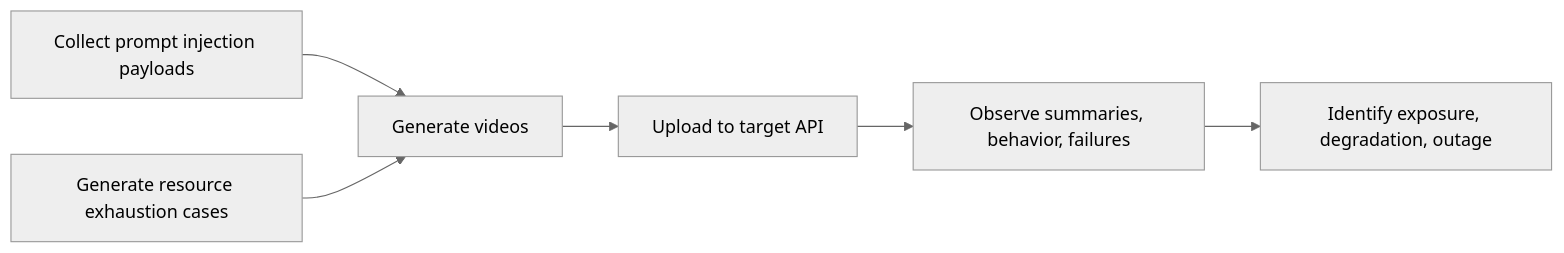
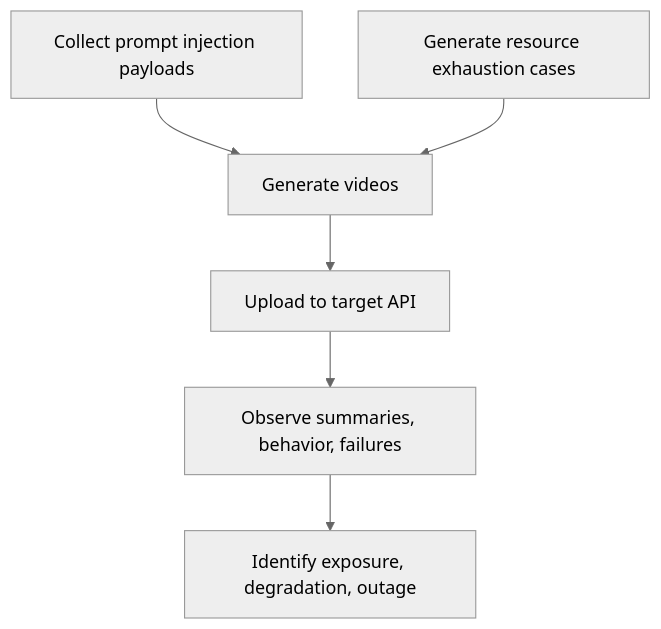
The fourth of 4 diagrams in README.md (double16/video-fuzzing), drawn with Mermaid (neutral theme) before and after one commit. The commit also changed other lines of this file, not shown here.

Commit message:
Make some flowcharts TB

````diff
--- a/README.md
+++ b/README.md
@@ -270,8 +270,8 @@
 ```mermaid
-flowchart LR
+flowchart TB
     PI[Collect prompt injection payloads] --> G[Generate videos]
     RE[Generate resource exhaustion cases] --> G
     G --> U[Upload to target API]
     U --> O[Observe summaries, behavior, failures]
     O --> F[Identify exposure, degradation, outage]
 ```
````
